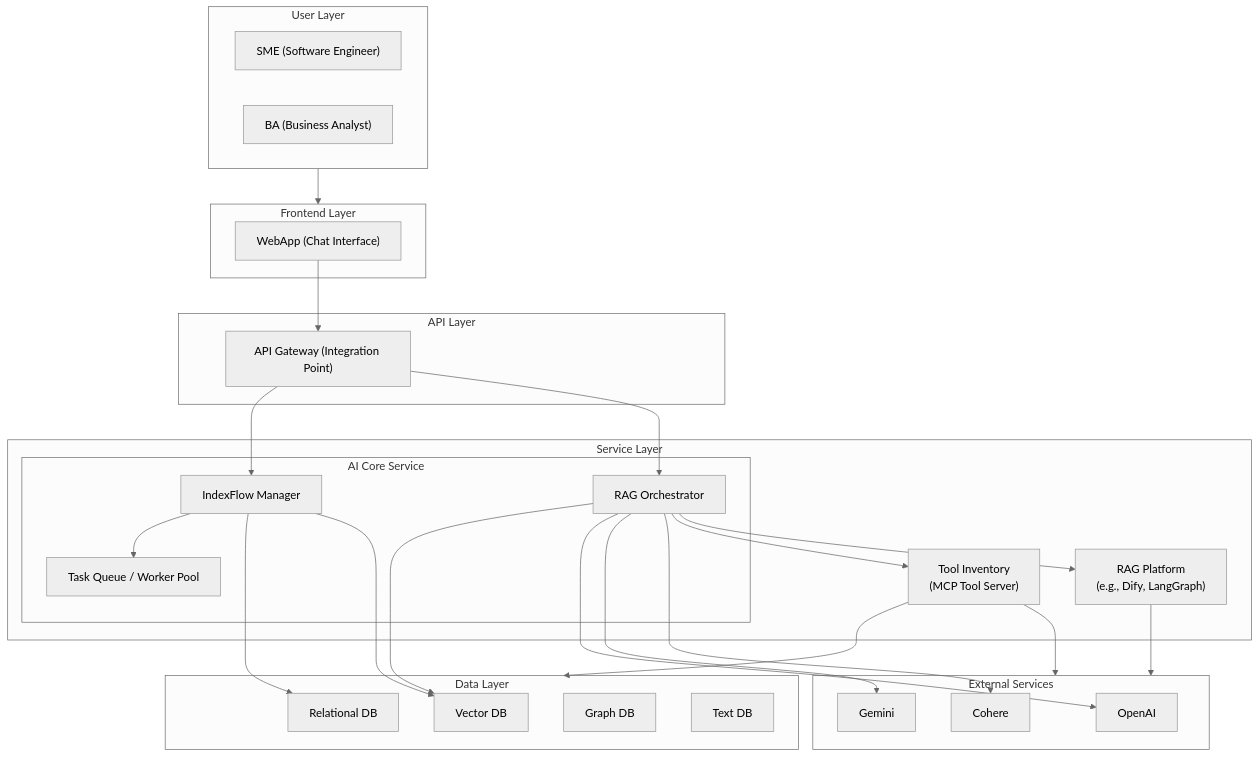
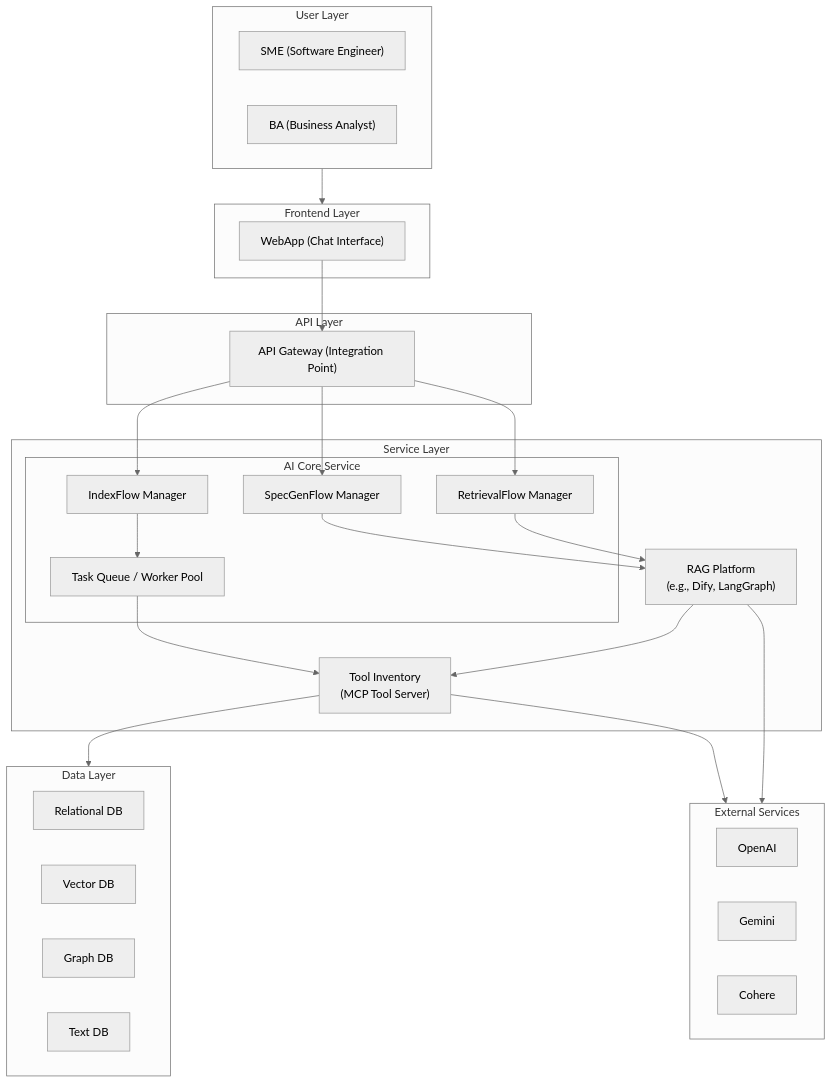
One commit to anhttmle/CAIO changed the third of 3 diagrams in Project Assistant/README.md. Above: the diagram before and after it, drawn with Mermaid (neutral theme). The commit also changed other lines of this file, not shown here.

````diff
--- a/Project Assistant/README.md
+++ b/Project Assistant/README.md
@@ -82,61 +84,61 @@
 ```mermaid
 
 graph TB
     subgraph LUser["User Layer"]
         SME["SME (Software Engineer)"]
         BA["BA (Business Analyst)"]
     end
 
     subgraph LFrontend["Frontend Layer"]
         WebApp["WebApp (Chat Interface)"]
     end
 
     subgraph LAPI["API Layer"]
         APIGateway["API Gateway (Integration Point)"]
     end
 
     subgraph LService["Service Layer"]
         subgraph AICore["AI Core Service"]
-            IndexMgr["IndexFlow Manager"]
-            RAGMgr["RAG Orchestrator"]
-            Queue["Task Queue / Worker Pool"]
+            IndexFlow["IndexFlow Manager"]
+            SpecGenFlow["SpecGenFlow Manager"]
+            RetrievalFlow["RetrievalFlow Manager"]
+            Worker["Task Queue / Worker Pool"]
         end
 
         RAGPlatform["RAG Platform<br>(e.g., Dify, LangGraph)"]
         ToolInventory["Tool Inventory<br>(MCP Tool Server)"]
     end
 
     subgraph LData["Data Layer"]
         RelDB["Relational DB"]
         VecDB["Vector DB"]
         GraphDB["Graph DB"]
         TextDB["Text DB"]
     end
 
     subgraph LExternal["External Services"]
         OpenAI["OpenAI"]
         Gemini["Gemini"]
         Cohere["Cohere"]
     end
 
     LUser --> LFrontend
     WebApp --> APIGateway
-    APIGateway --> IndexMgr
-    APIGateway --> RAGMgr
 
-    IndexMgr --> Queue
-    IndexMgr --> RelDB
-    IndexMgr --> VecDB
-    RAGMgr --> VecDB
-    RAGMgr --> OpenAI
-    RAGMgr --> Gemini
-    RAGMgr --> Cohere
+    APIGateway --> IndexFlow
+    APIGateway --> SpecGenFlow
+    APIGateway --> RetrievalFlow
 
-    RAGMgr --> ToolInventory
+    IndexFlow --> Worker
+    SpecGenFlow --> RAGPlatform
+    RetrievalFlow --> RAGPlatform
+    Worker --> ToolInventory
+
+    RAGPlatform --> LExternal
+    RAGPlatform --> ToolInventory
+
     ToolInventory --> LData
     ToolInventory --> LExternal
-    RAGPlatform --> LExternal
-    RAGMgr --> RAGPlatform
 
 
 ```
````
